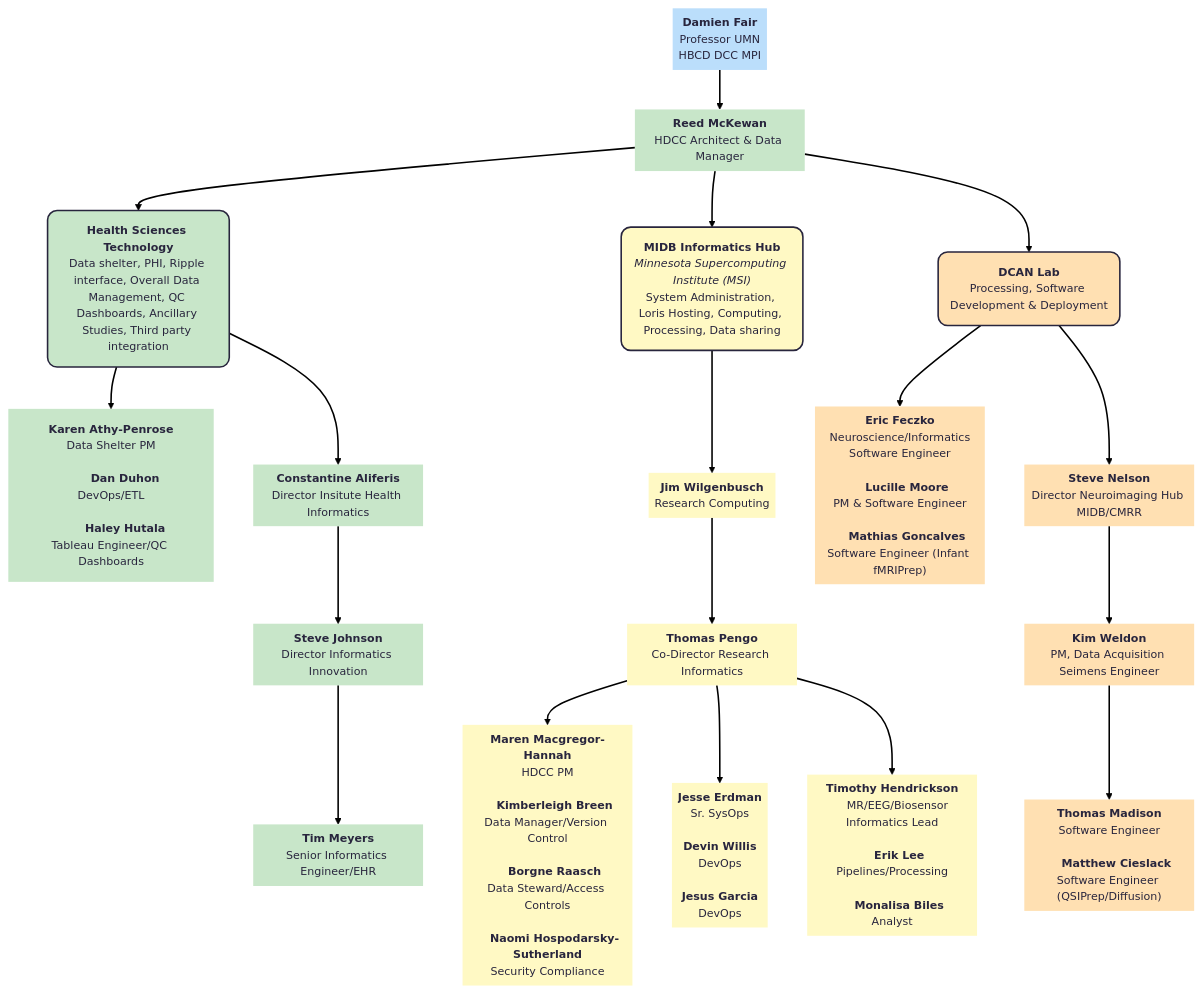
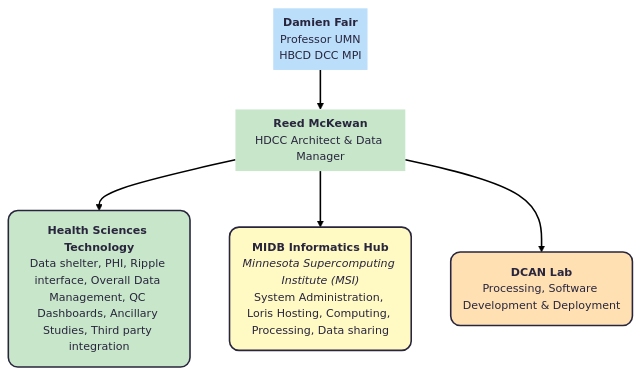
Before and after one commit to DCAN-Labs/hbcd-docs-internal: the third of 6 diagrams in docs/orgcharts.md, drawn with Mermaid.

Commit message:
replace UMN with summary

````diff
--- a/docs/orgcharts.md
+++ b/docs/orgcharts.md
@@ -281,67 +281,23 @@
 ```mermaid
 ---
 config:
   theme: redux
   layout: dagre
 ---
 flowchart TB
     A["<b>Damien Fair</b><br>Professor UMN<br>HBCD DCC MPI"] --> A1["<b>Reed McKewan</b><br>HDCC Architect &amp; Data Manager"]
     A1 --> HST["<b>Health Sciences Technology</b><br>Data shelter, PHI, Ripple interface, Overall Data Management, QC Dashboards, Ancillary Studies, Third party integration"] & MIDB["<b>MIDB Informatics Hub</b><br><i>Minnesota Supercomputing Institute (MSI)</i><br>System Administration, Loris Hosting, Computing, Processing, Data sharing"] & DCAN["<b>DCAN Lab</b><br>Processing, Software Development &amp; Deployment"]
-    HST --> HST1["<b>Karen Athy-Penrose</b><br>Data Shelter PM<br>
-        <b>Dan Duhon</b><br>DevOps/ETL<br>
-        <b>Haley Hutala</b><br>Tableau Engineer/QC Dashboards"] & HST2["<b>Constantine Aliferis</b><br>Director Insitute Health Informatics"]
-    HST2 --> HST2a["<b>Steve Johnson</b><br>Director Informatics Innovation"]
-    HST2a --> HST2b["<b>Tim Meyers</b><br>Senior Informatics Engineer/EHR"]
-    MIDB --> M1["<b>Jim Wilgenbusch</b><br>Research Computing"]
-    M1 --> M2["<b>Thomas Pengo</b><br>Co-Director Research Informatics"]
-    M2 --> M3["<b>Maren Macgregor-Hannah</b><br>HDCC PM<br>
-    <b>Kimberleigh Breen</b><br>Data Manager/Version Control<br>
-    <b>Borgne Raasch</b><br>Data Steward/Access Controls<br>
-    <b>Naomi Hospodarsky-Sutherland</b><br>Security Compliance"] & M4["<b>Jesse Erdman</b><br>Sr. SysOps<br>
-    <b>Devin Willis</b><br>DevOps<br>
-    <b>Jesus Garcia</b><br>DevOps"] & M5["<b>Timothy Hendrickson</b>
-    MR/EEG/Biosensor Informatics Lead<br>
-    <b>Erik Lee</b><br>Pipelines/Processing<br>
-    <b>Monalisa Biles</b><br>Analyst"]
-    DCAN --> D1["<b>Eric Feczko</b><br>Neuroscience/Informatics<br>Software Engineer<br>
-    <b>Lucille Moore</b><br>PM &amp; Software Engineer<br>
-    <b>Mathias Goncalves</b><br>Software Engineer (Infant fMRIPrep)"] & D2["<b>Steve Nelson</b><br>Director Neuroimaging Hub MIDB/CMRR"]
-    D2 --> D2a["<b>Kim Weldon</b><br>PM, Data Acquisition Seimens Engineer"]
-    D2a --> D2b["<b>Thomas Madison</b><br>Software Engineer<br>
-    <b>Matthew Cieslack</b><br>Software Engineer (QSIPrep/Diffusion)"]
     A@{ shape: text}
     A1@{ shape: text}
     HST@{ shape: rounded}
     MIDB@{ shape: rounded}
     DCAN@{ shape: rounded}
-    HST2@{ shape: text}
-    HST2a@{ shape: text}
-    HST2b@{ shape: text}
-    M1@{ shape: text}
-    M2@{ shape: text}
-    M3@{ shape: text}
-    M4@{ shape: text}
-    M5@{ shape: text}
-    D1@{ shape: text}
-    D2@{ shape: text}
-    D2a@{ shape: text}
-    D2b@{ shape: text}
     style A fill:#BBDEFB
     style A1 fill:#C8E6C9
     style HST fill:#C8E6C9
     style MIDB fill:#FFF9C4
     style DCAN fill:#FFE0B2
-    style HST1 fill:#C8E6C9,stroke:none
-    style HST2 fill:#C8E6C9
-    style HST2a stroke:#C8E6C9,fill:#C8E6C9
-    style HST2b fill:#C8E6C9
-    style M1 fill:#FFF9C4
-    style M2 fill:#FFF9C4
-    style M3 fill:#FFF9C4
-    style M4 fill:#FFF9C4
-    style M5 fill:#FFF9C4
-    style D1 fill:#FFE0B2
-    style D2 fill:#FFE0B2
-    style D2a fill:#FFE0B2
-    style D2b fill:#FFE0B2
+    click HST "#health-sciences-technology-hst"
+    click MIDB "#masonic-institute-for-the-developing-brain-midb-informatics-hub"
+    click DCAN "#dcan-lab"
 ```
````
